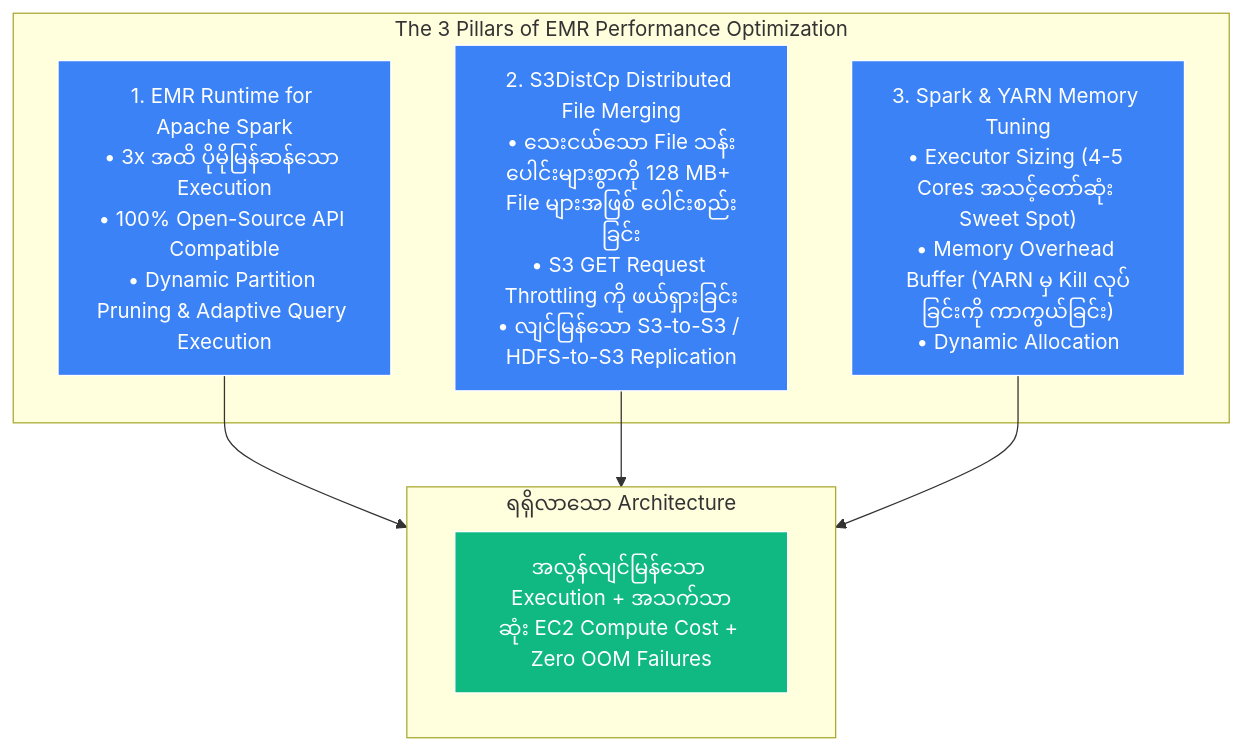
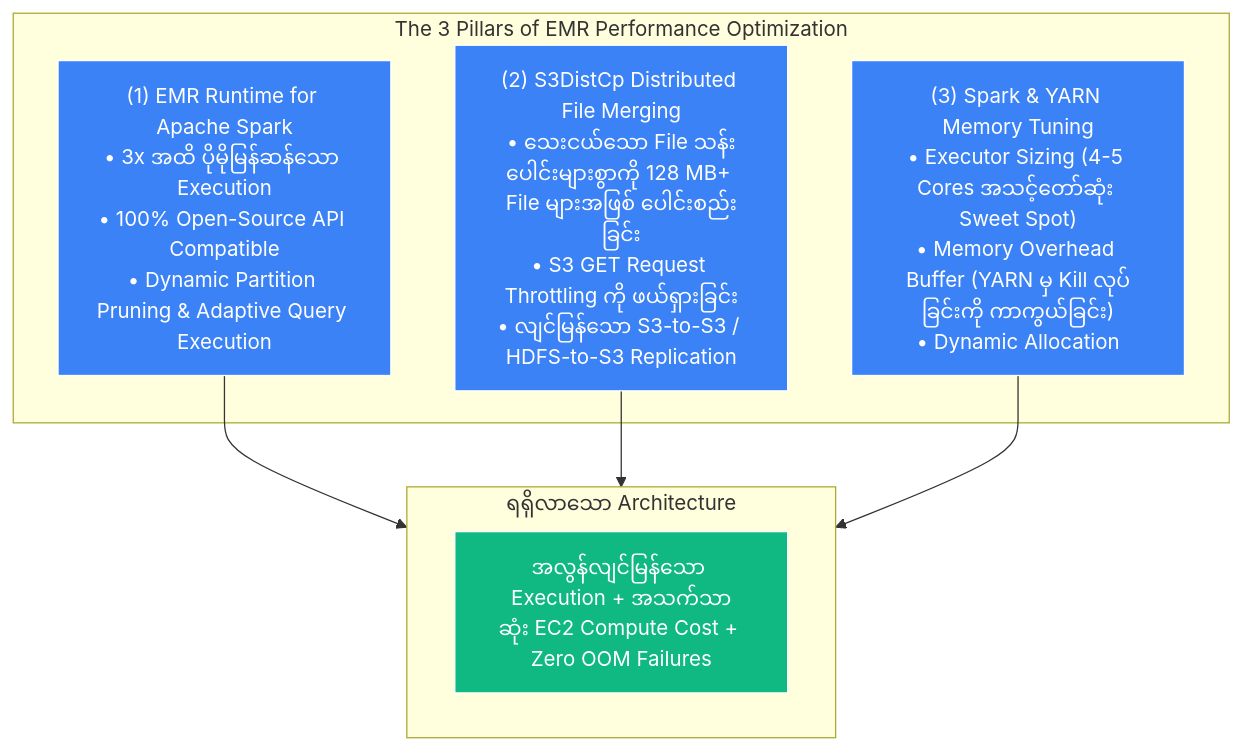
One commit to Wathon/aws-dea-c01-note changed the first of 3 diagrams in content/mm/02-services/analytics-streaming/emr/emr-performance-optimization.md. Above: the diagram before and after it, drawn with Mermaid. The commit also changed 49 other files, not shown here.

Commit message:
Fix 'Unsupported markdown: list' Mermaid rendering issues across all English and Burmese notes

````diff
--- a/content/mm/02-services/analytics-streaming/emr/emr-performance-optimization.md
+++ b/content/mm/02-services/analytics-streaming/emr/emr-performance-optimization.md
@@ -32,22 +32,22 @@
 ```mermaid
 graph TD
     subgraph EMRPerformancePillars["The 3 Pillars of EMR Performance Optimization"]
-        Pillar1["1. EMR Runtime for Apache Spark<br>• 3x အထိ ပိုမိုမြန်ဆန်သော Execution<br>• 100% Open-Source API Compatible<br>• Dynamic Partition Pruning & Adaptive Query Execution"]
-        Pillar2["2. S3DistCp Distributed File Merging<br>• သေးငယ်သော File သန်းပေါင်းများစွာကို 128 MB+ File များအဖြစ် ပေါင်းစည်းခြင်း<br>• S3 GET Request Throttling ကို ဖယ်ရှားခြင်း<br>• လျင်မြန်သော S3-to-S3 / HDFS-to-S3 Replication"]
-        Pillar3["3. Spark & YARN Memory Tuning<br>• Executor Sizing (4-5 Cores အသင့်တော်ဆုံး Sweet Spot)<br>• Memory Overhead Buffer (YARN မှ Kill လုပ်ခြင်းကို ကာကွယ်ခြင်း)<br>• Dynamic Allocation"]
+        Pillar1["(1) EMR Runtime for Apache Spark<br>• 3x အထိ ပိုမိုမြန်ဆန်သော Execution<br>• 100% Open-Source API Compatible<br>• Dynamic Partition Pruning & Adaptive Query Execution"]
+        Pillar2["(2) S3DistCp Distributed File Merging<br>• သေးငယ်သော File သန်းပေါင်းများစွာကို 128 MB+ File များအဖြစ် ပေါင်းစည်းခြင်း<br>• S3 GET Request Throttling ကို ဖယ်ရှားခြင်း<br>• လျင်မြန်သော S3-to-S3 / HDFS-to-S3 Replication"]
+        Pillar3["(3) Spark & YARN Memory Tuning<br>• Executor Sizing (4-5 Cores အသင့်တော်ဆုံး Sweet Spot)<br>• Memory Overhead Buffer (YARN မှ Kill လုပ်ခြင်းကို ကာကွယ်ခြင်း)<br>• Dynamic Allocation"]
     end
 
     subgraph OptimalOutcome["ရရှိလာသော Architecture"]
         Speed["အလွန်လျင်မြန်သော Execution + အသက်သာဆုံး EC2 Compute Cost + Zero OOM Failures"]
     end
 
     Pillar1 --> OptimalOutcome
     Pillar2 --> OptimalOutcome
     Pillar3 --> OptimalOutcome
 
     classDef pillar fill:#3b82f6,stroke:#fff,stroke-width:1px,color:#fff;
     classDef good fill:#10b981,stroke:#fff,stroke-width:1px,color:#fff;
 
     class Pillar1,Pillar2,Pillar3 pillar;
     class Speed good;
 ```
````
